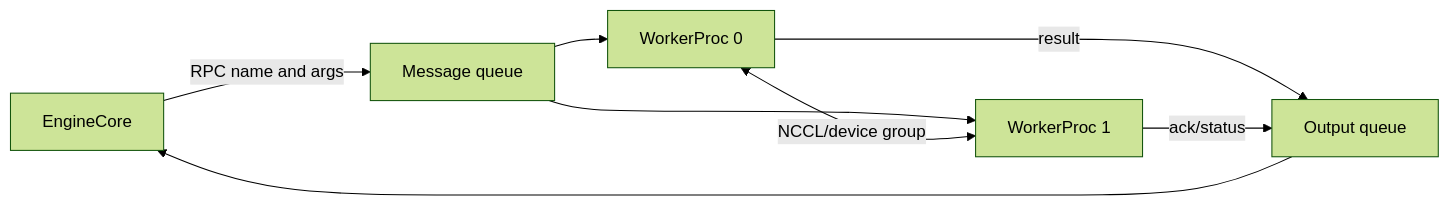
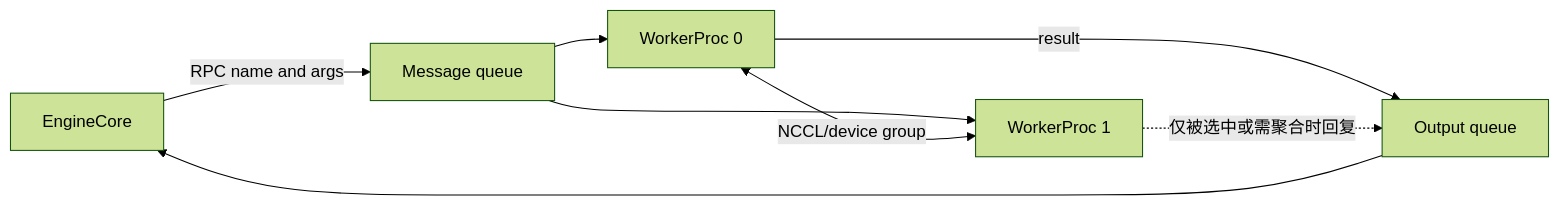
One commit to cluster1900/vllm_reader changed diagram 19 of 26 in book/09-distributed/README.md. Above: the diagram before and after it, drawn with Mermaid (forest theme). The commit also changed other lines of this file and 38 other files, not shown here.

````diff
--- a/book/09-distributed/README.md
+++ b/book/09-distributed/README.md
@@ -934,10 +976,10 @@
 ```mermaid
 flowchart LR
     EC[EngineCore] -->|RPC name and args| MQ[Message queue]
     MQ --> W0[WorkerProc 0]
     MQ --> W1[WorkerProc 1]
     W0 <--> |NCCL/device group| W1
     W0 -->|result| OUT[Output queue]
-    W1 -->|ack/status| OUT
+    W1 -. 仅被选中或需聚合时回复 .-> OUT
     OUT --> EC
 ```
````
